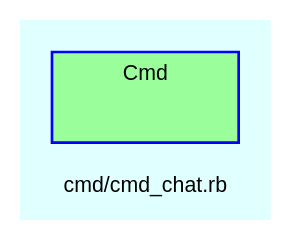
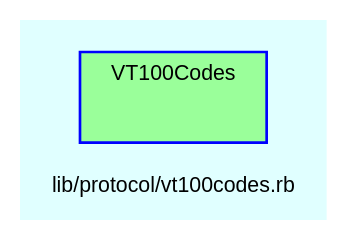
The diagram in doc/dot/f_27.dot (Tyche/teensymud), drawn with Graphviz before and after one commit. The commit also changed 233 other files, not shown here.

```diff
--- a/doc/dot/f_27.dot
+++ b/doc/dot/f_27.dot
@@ -1,29 +1,29 @@
 digraph TopLevel {
     compound = true
     bgcolor = lightcyan1
     fontname = Arial
     fontsize = 8
-    label = "cmd/cmd_chat.rb"
+    label = "lib/protocol/vt100codes.rb"
     node [
         fontname = Arial,
         fontsize = 8,
         color = black
     ]
 
-    subgraph cluster_Cmd {
+    subgraph cluster_VT100Codes {
         fillcolor = palegreen1
-        URL = "classes/Cmd.html"
+        URL = "classes/VT100Codes.html"
         fontname = Arial
         color = blue
-        label = "Cmd"
+        label = "VT100Codes"
         style = filled
-        Cmd [
+        VT100Codes [
             shape = plaintext,
             height = 0.01,
             width = 0.75,
             label = ""
         ]
 
     }
 
 }
```
